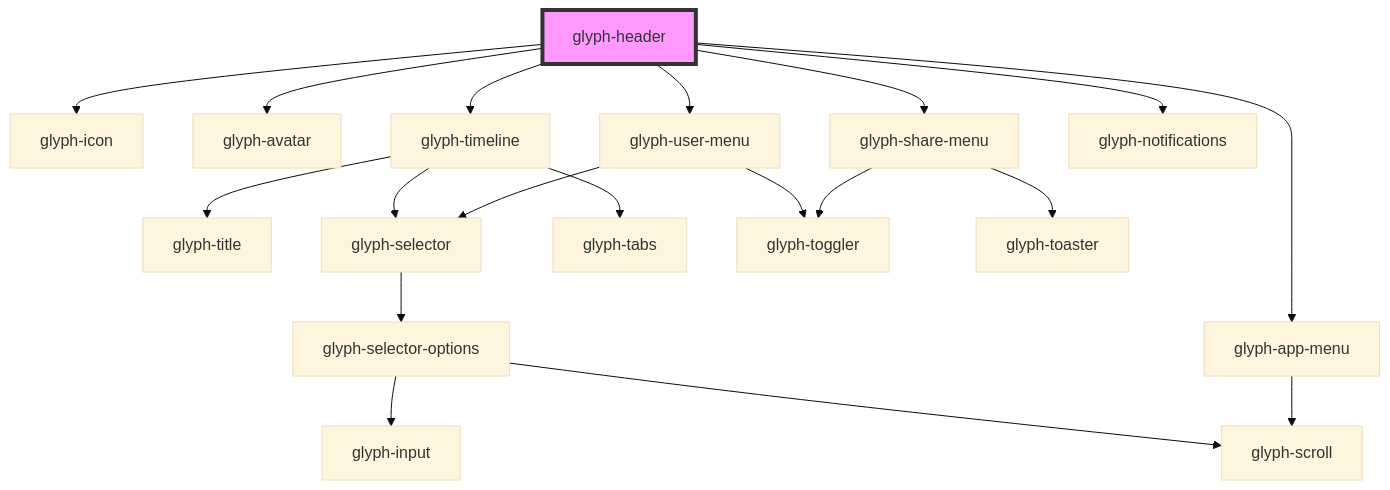
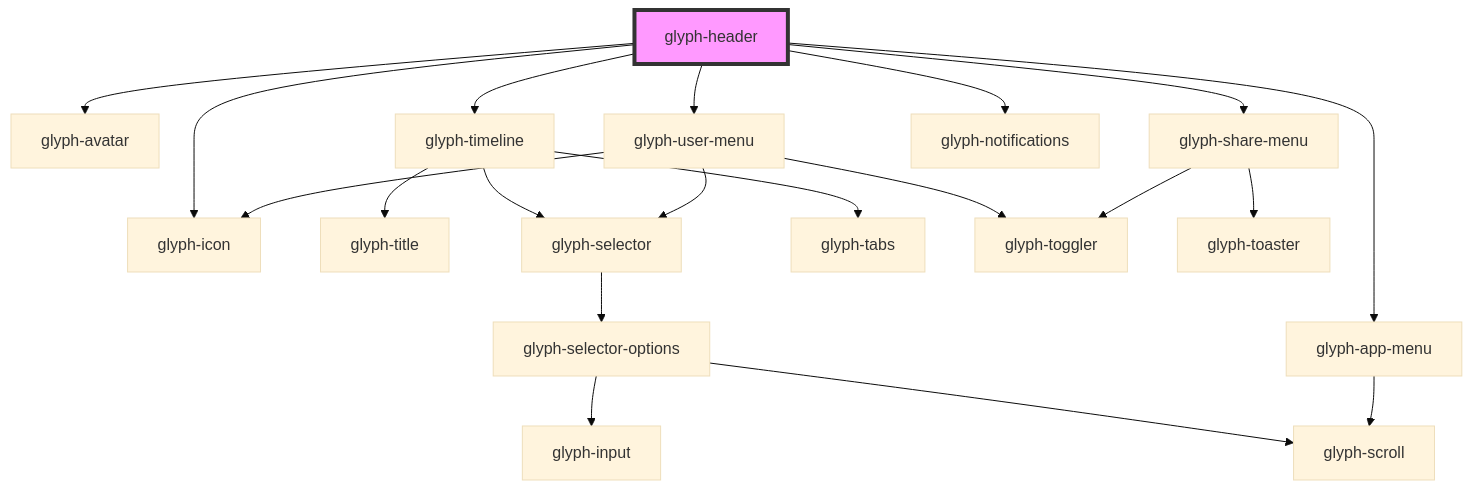
Before and after one commit to adrianiy/synth-ui: the diagram in packages/glyph-components/src/components/layouts/header/readme.md, drawn with Mermaid (base theme). The commit also changed 11 other files, not shown here.

Commit message:
chore: add custom config in user menu

````diff
--- a/packages/glyph-components/src/components/layouts/header/readme.md
+++ b/packages/glyph-components/src/components/layouts/header/readme.md
@@ -56,22 +56,23 @@
 ```mermaid
 graph TD;
   glyph-header --> glyph-icon
   glyph-header --> glyph-avatar
   glyph-header --> glyph-timeline
   glyph-header --> glyph-user-menu
   glyph-header --> glyph-app-menu
   glyph-header --> glyph-share-menu
   glyph-header --> glyph-notifications
   glyph-timeline --> glyph-title
   glyph-timeline --> glyph-selector
   glyph-timeline --> glyph-tabs
   glyph-selector --> glyph-selector-options
   glyph-selector-options --> glyph-input
   glyph-selector-options --> glyph-scroll
   glyph-user-menu --> glyph-selector
   glyph-user-menu --> glyph-toggler
+  glyph-user-menu --> glyph-icon
   glyph-app-menu --> glyph-scroll
   glyph-share-menu --> glyph-toggler
   glyph-share-menu --> glyph-toaster
   style glyph-header fill:#f9f,stroke:#333,stroke-width:4px
 ```
````
